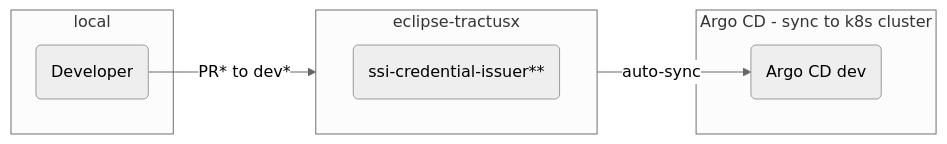
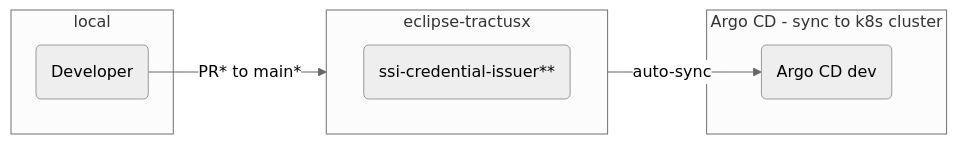
Before and after one commit to eclipse-tractusx/ssi-credential-issuer: the diagram in docs/technical-documentation/dev-process/Dev-flow_deploy-dev-env.md, drawn with Mermaid (neutral theme). The commit also changed 19 other files, not shown here.

Commit message:
chore(dev-process): maintain latest changes in main branch get rid of dev branch https://github.com/eclipse-tractusx/portal/issues/243

````diff
--- a/docs/technical-documentation/dev-process/Dev-flow_deploy-dev-env.md
+++ b/docs/technical-documentation/dev-process/Dev-flow_deploy-dev-env.md
@@ -3,14 +3,14 @@
 ```mermaid
 flowchart LR
     subgraph local
     D(Developer)
     end
     subgraph eclipse-tractusx
         direction LR
-        D -- PR* to dev*--> SCI(ssi-credential-issuer**)
+        D -- PR* to main*--> SCI(ssi-credential-issuer**)
         click SCI "https://github.com/eclipse-tractusx/ssi-credential-issuer"
     end
     subgraph Argo CD - sync to k8s cluster
     SCI -- auto-sync --> A(Argo CD dev)
     end
 ```
````
